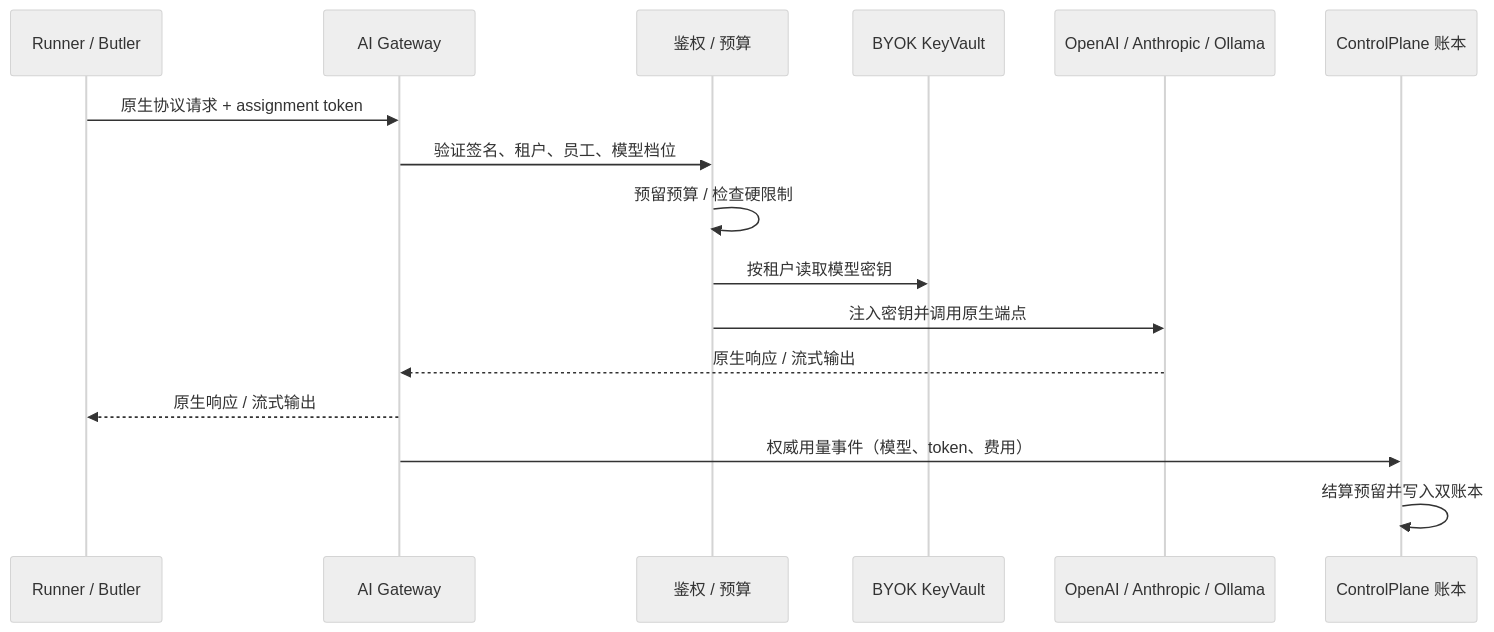
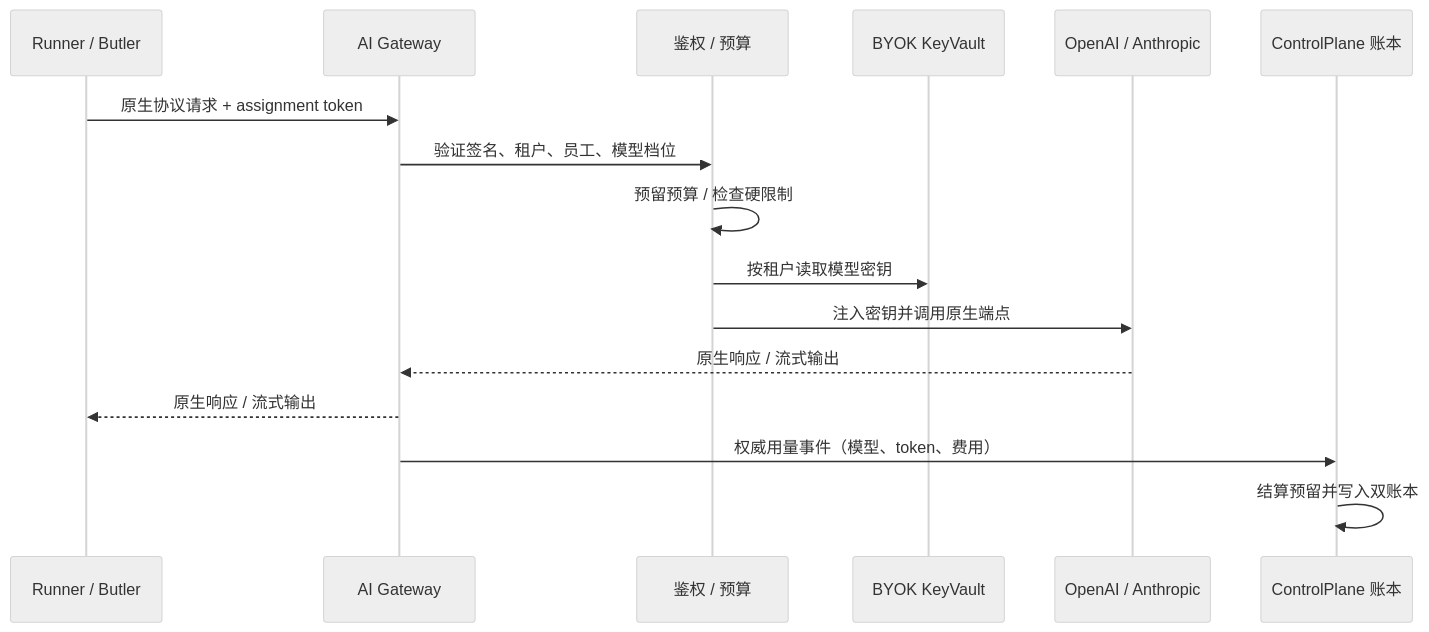
The fourth of 6 diagrams in docs/Regent-Agent-架构流程图.md (wosledon/regent-agent), drawn with Mermaid (neutral theme) before and after one commit. The commit also changed other lines of this file and 50 other files, not shown here.

````diff
--- a/docs/Regent-Agent-架构流程图.md
+++ b/docs/Regent-Agent-架构流程图.md
@@ -261,19 +259,19 @@
 ```mermaid
 sequenceDiagram
     participant Runner as Runner / Butler
     participant GW as AI Gateway
     participant Policy as 鉴权 / 预算
     participant KV as BYOK KeyVault
-    participant Provider as OpenAI / Anthropic / Ollama
+    participant Provider as OpenAI / Anthropic
     participant Ledger as ControlPlane 账本
 
     Runner->>GW: 原生协议请求 + assignment token
     GW->>Policy: 验证签名、租户、员工、模型档位
     Policy->>Policy: 预留预算 / 检查硬限制
     Policy->>KV: 按租户读取模型密钥
     Policy->>Provider: 注入密钥并调用原生端点
     Provider-->>GW: 原生响应 / 流式输出
     GW-->>Runner: 原生响应 / 流式输出
     GW->>Ledger: 权威用量事件（模型、token、费用）
     Ledger->>Ledger: 结算预留并写入双账本
 ```
````
